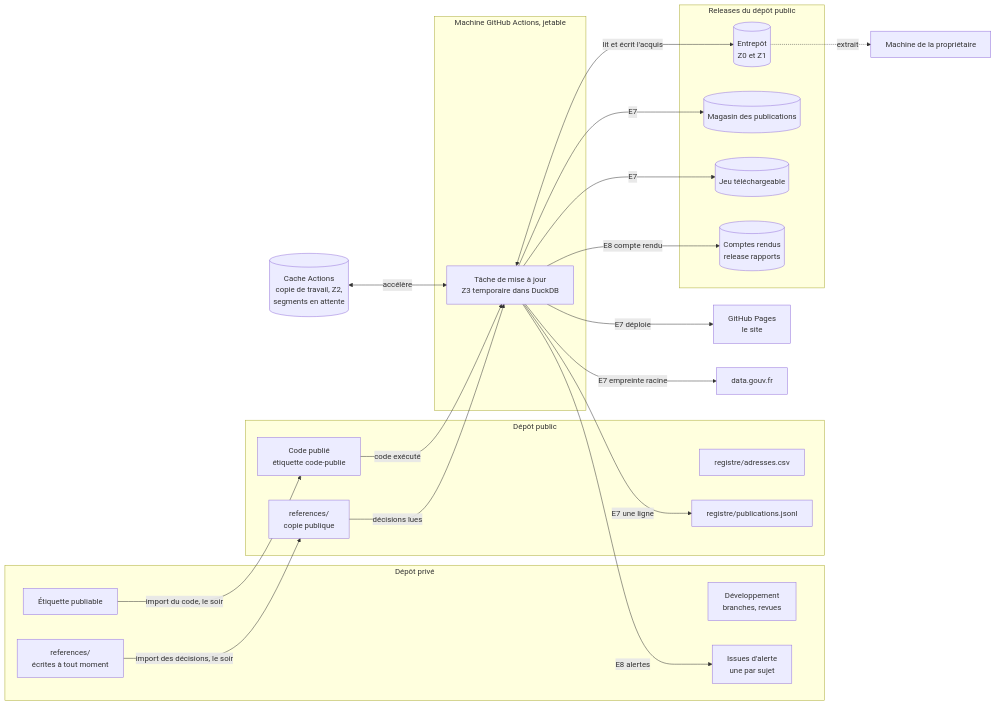
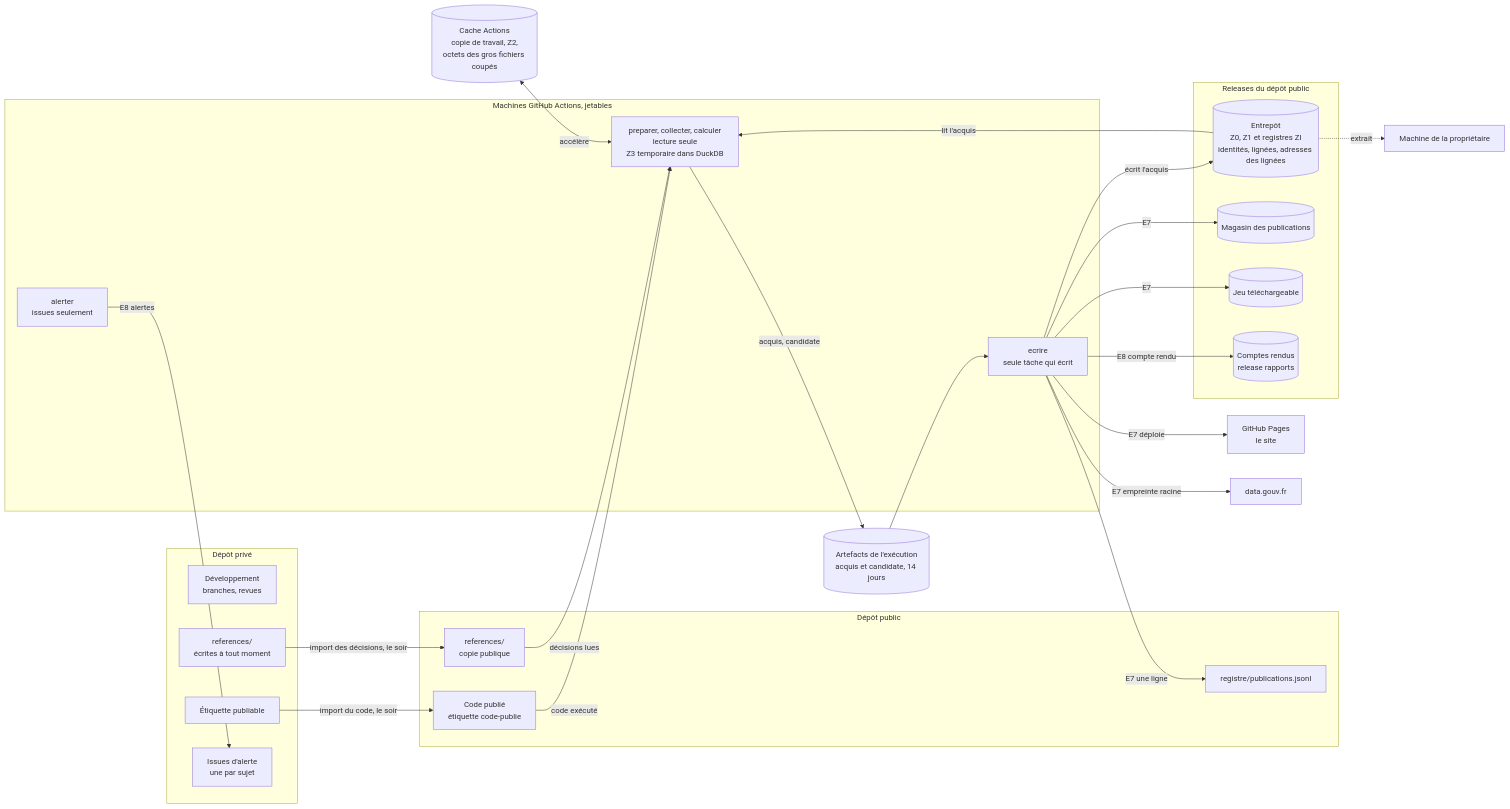
Before and after one commit to stephieED/Empreinte-politique-new-pipeline-test: diagram 11 of 11 in livrables/2-processus-collecte-publication.md, drawn with Mermaid. The commit also changed other lines of this file and 8 other files, not shown here.

````diff
--- a/livrables/2-processus-collecte-publication.md
+++ b/livrables/2-processus-collecte-publication.md
@@ -863,47 +889,52 @@
 ```mermaid
 flowchart LR
     subgraph PRIV["Dépôt privé"]
         P1["Développement<br/>branches, revues"]
         P2["Étiquette publiable"]
         P4["references/<br/>écrites à tout moment"]
         P3["Issues d'alerte<br/>une par sujet"]
     end
 
     subgraph PUB["Dépôt public"]
         R1["Code publié<br/>étiquette code-publie"]
         R2["references/<br/>copie publique"]
-        R3["registre/adresses.csv"]
         R4["registre/publications.jsonl"]
     end
 
-    subgraph ACT["Machine GitHub Actions, jetable"]
-        A1["Tâche de mise à jour<br/>Z3 temporaire dans DuckDB"]
+    subgraph ACT["Machines GitHub Actions, jetables"]
+        A1["preparer, collecter, calculer<br/>lecture seule<br/>Z3 temporaire dans DuckDB"]
+        A2["ecrire<br/>seule tâche qui écrit"]
+        A3["alerter<br/>issues seulement"]
     end
 
     subgraph REL["Releases du dépôt public"]
-        L1[("Entrepôt<br/>Z0 et Z1")]
+        L1[("Entrepôt<br/>Z0, Z1 et registres ZI<br/>identités, lignées, adresses des lignées")]
         L2[("Magasin des publications")]
         L3[("Jeu téléchargeable")]
         L4[("Comptes rendus<br/>release rapports")]
     end
 
-    CACHE[("Cache Actions<br/>copie de travail, Z2,<br/>segments en attente")]
+    CACHE[("Cache Actions<br/>copie de travail, Z2,<br/>octets des gros fichiers coupés")]
+    ART[("Artefacts de l'exécution<br/>acquis et candidate, 14 jours")]
     PAGES["GitHub Pages<br/>le site"]
     DG["data.gouv.fr"]
     MOI["Machine de la propriétaire"]
 
     P2 -- "import du code, le soir" --> R1
     P4 -- "import des décisions, le soir" --> R2
     R1 -- "code exécuté" --> A1
     R2 -- "décisions lues" --> A1
     CACHE <-- "accélère" --> A1
-    A1 <-- "lit et écrit l'acquis" --> L1
-    A1 -- "E7" --> L2
-    A1 -- "E7" --> L3
-    A1 -- "E7 déploie" --> PAGES
-    A1 -- "E7 une ligne" --> R4
-    A1 -- "E7 empreinte racine" --> DG
-    A1 -- "E8 compte rendu" --> L4
-    A1 -- "E8 alertes" --> P3
+    L1 -- "lit l'acquis" --> A1
+    A1 -- "acquis, candidate" --> ART
+    ART --> A2
+    A2 -- "écrit l'acquis" --> L1
+    A2 -- "E7" --> L2
+    A2 -- "E7" --> L3
+    A2 -- "E7 déploie" --> PAGES
+    A2 -- "E7 une ligne" --> R4
+    A2 -- "E7 empreinte racine" --> DG
+    A2 -- "E8 compte rendu" --> L4
+    A3 -- "E8 alertes" --> P3
     L1 -. "extrait" .-> MOI
 ```
````
